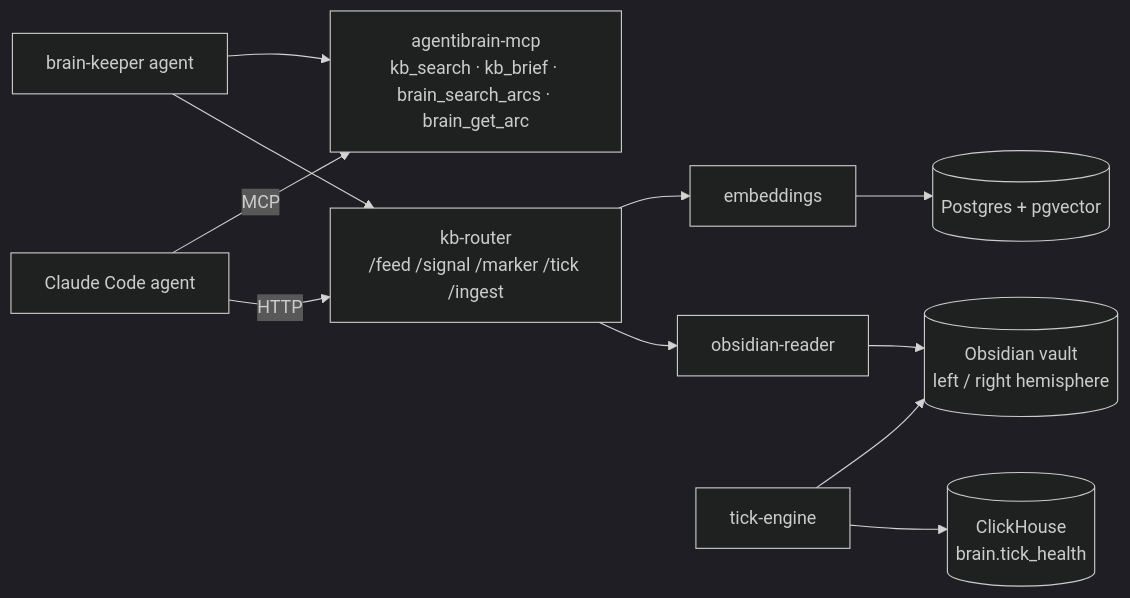
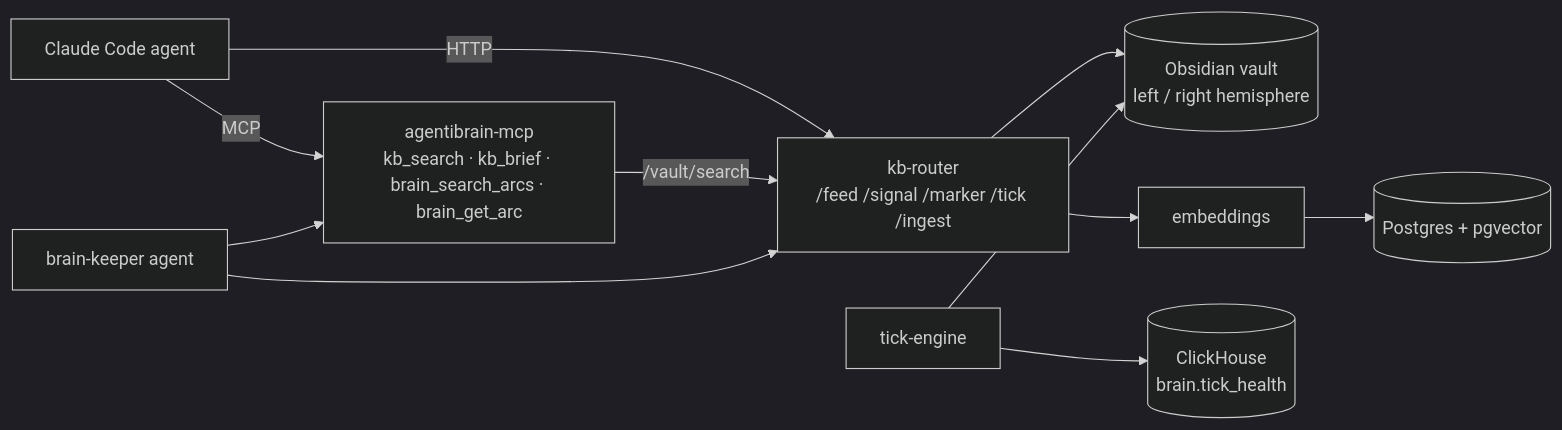
The diagram in index.md (the-cloud-clockwork/agentibrain-kernel), drawn with Mermaid (dark theme) before and after one commit. The commit also changed other lines of this file and 29 other files, not shown here.

First line of the commit message:
retire(obsidian-reader): delete service, chart, and all references

````diff
--- a/index.md
+++ b/index.md
@@ -31,13 +31,13 @@
 ```mermaid
 flowchart LR
     Agent["Claude Code agent"] -->|HTTP| KB["kb-router\n/feed /signal /marker /tick /ingest"]
     Agent -->|MCP| MCP["agentibrain-mcp\nkb_search · kb_brief · brain_search_arcs · brain_get_arc"]
-    KB --> Reader["obsidian-reader"]
+    MCP -->|/vault/search| KB
+    KB --> Vault[("Obsidian vault\nleft / right hemisphere")]
     KB --> Embed["embeddings"]
-    Reader --> Vault[("Obsidian vault\nleft / right hemisphere")]
     Embed --> PG[("Postgres + pgvector")]
     Tick["tick-engine"] --> CH[("ClickHouse\nbrain.tick_health")]
     Tick --> Vault
     Keeper["brain-keeper agent"] --> KB
     Keeper --> MCP
 ```
````
